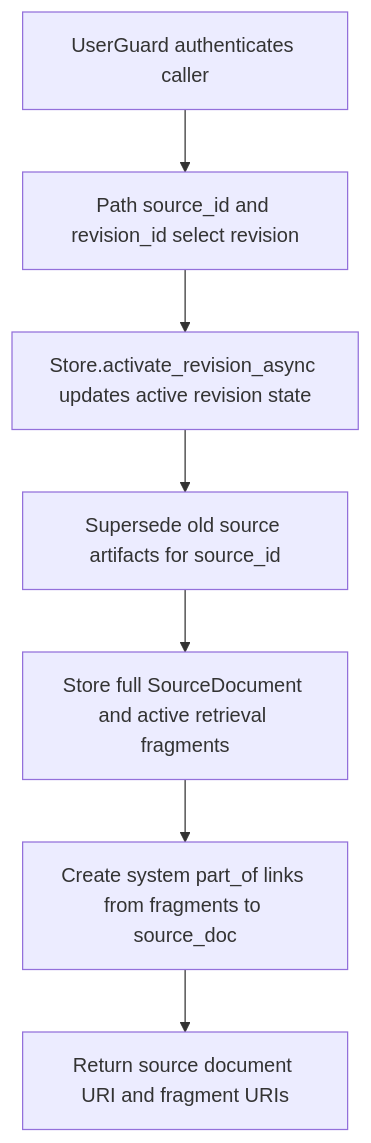
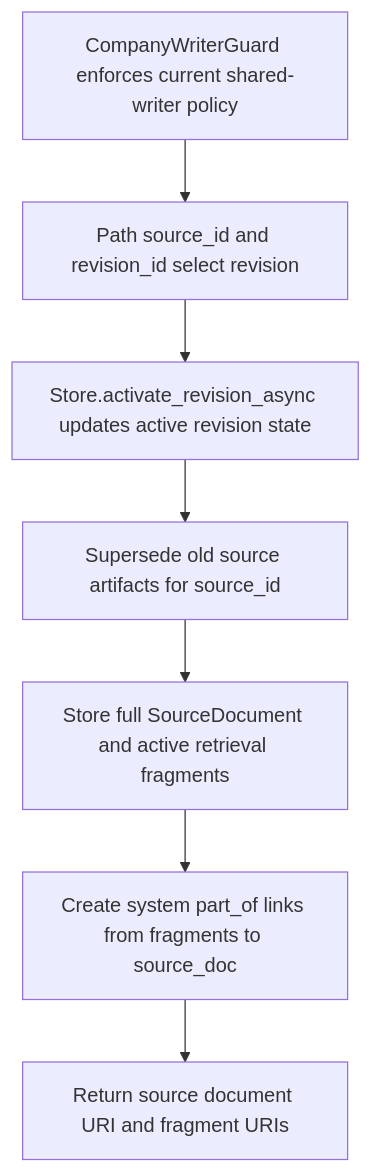
One commit to dickwu/nowledge changed the diagram in doc/api/post_v1_state_company_docs_source_id_revisions_revision_id_activate.md. Above: the diagram before and after it, drawn with Mermaid. The commit also changed other lines of this file and 46 other files, not shown here.

````diff
--- a/doc/api/post_v1_state_company_docs_source_id_revisions_revision_id_activate.md
+++ b/doc/api/post_v1_state_company_docs_source_id_revisions_revision_id_activate.md
@@ -49,16 +51,16 @@
 ```mermaid
 flowchart TD
-  n0["UserGuard authenticates caller"]
+  n0["CompanyWriterGuard enforces current shared-writer policy"]
   n1["Path source_id and revision_id select revision"]
   n2["Store.activate_revision_async updates active revision state"]
   n3["Supersede old source artifacts for source_id"]
   n4["Store full SourceDocument and active retrieval fragments"]
   n5["Create system part_of links from fragments to source_doc"]
   n6["Return source document URI and fragment URIs"]
   n0 --> n1
   n1 --> n2
   n2 --> n3
   n3 --> n4
   n4 --> n5
   n5 --> n6
 ```
````
